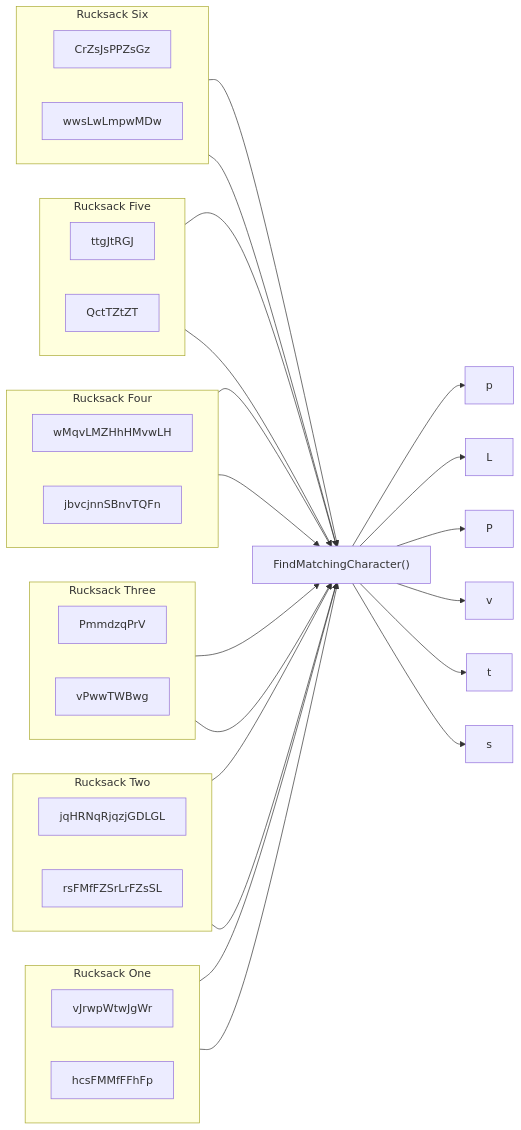
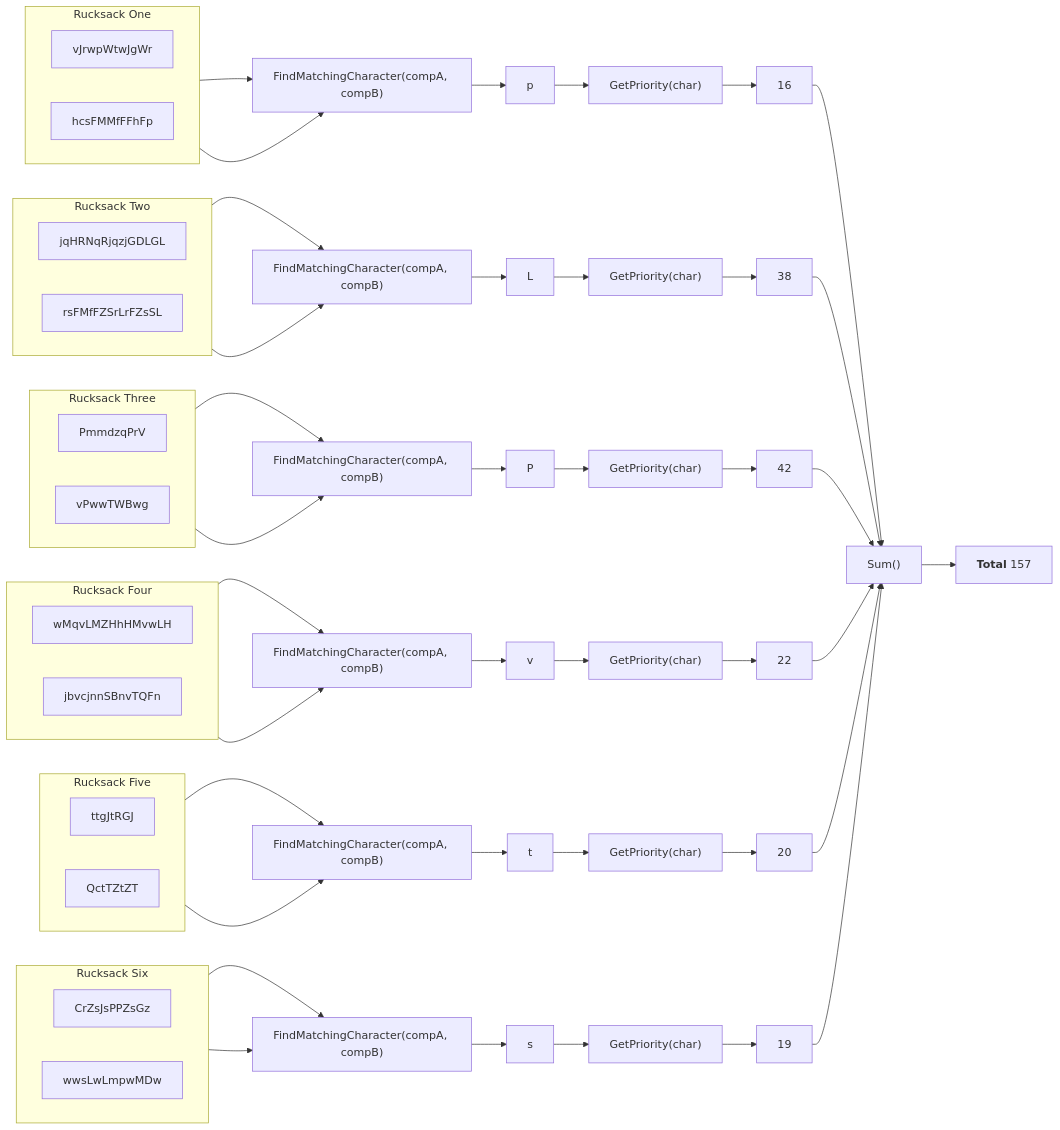
One commit to bartkessels/bartkessels.github.io changed the diagram in _posts/aoc-2022/day-three/2023-05-03-part-one.md. Above: the diagram before and after it, drawn with Mermaid. The commit also changed other lines of this file and 1 other file, not shown here.

Commit message:
Add kotlin post

````diff
--- a/_posts/aoc-2022/day-three/2023-05-03-part-one.md
+++ b/_posts/aoc-2022/day-three/2023-05-03-part-one.md
@@ -77,7 +77,6 @@
     end
 
 
-    findCharacter["FindMatchingCharacter()"]
     rsOneMatchingCharacter["p"]
     rsTwoMatchingCharacter["L"]
     rsThreeMatchingCharacter["P"]
@@ -85,28 +84,60 @@
     rsFiveMatchingCharacter["t"]
     rsSixMatchingCharacter["s"]
 
-    rsOneCompartmentOne --> findCharacter
-    rsOneCompartmentTwo --> findCharacter
+    sum["Sum()"]
 
-    rsTwoCompartmentOne --> findCharacter
-    rsTwoCompartmentTwo --> findCharacter
+    rsOneCompartmentOne --> findCharacterOne["FindMatchingCharacter(compA, compB)"]
+    rsOneCompartmentTwo --> findCharacterOne["FindMatchingCharacter(compA, compB)"]
 
-    rsThreeCompartmentOne --> findCharacter
-    rsThreeCompartmentTwo --> findCharacter
+    rsTwoCompartmentOne --> findCharacterTwo["FindMatchingCharacter(compA, compB)"]
+    rsTwoCompartmentTwo --> findCharacterTwo["FindMatchingCharacter(compA, compB)"]
 
-    rsFourCompartmentOne --> findCharacter
-    rsFourCompartmentTwo --> findCharacter
+    rsThreeCompartmentOne --> findCharacterThree["FindMatchingCharacter(compA, compB)"]
+    rsThreeCompartmentTwo --> findCharacterThree["FindMatchingCharacter(compA, compB)"]
 
-    rsFiveCompartmentOne --> findCharacter
-    rsFiveCompartmentTwo --> findCharacter
+    rsFourCompartmentOne --> findCharacterFour["FindMatchingCharacter(compA, compB)"]
+    rsFourCompartmentTwo --> findCharacterFour["FindMatchingCharacter(compA, compB)"]
 
-    rsSixCompartmentOne --> findCharacter
-    rsSixCompartmentTwo --> findCharacter
+    rsFiveCompartmentOne --> findCharacterFive["FindMatchingCharacter(compA, compB)"]
+    rsFiveCompartmentTwo --> findCharacterFive["FindMatchingCharacter(compA, compB)"]
 
-    findCharacter --> rsOneMatchingCharacter
-    findCharacter --> rsTwoMatchingCharacter
-    findCharacter --> rsThreeMatchingCharacter
-    findCharacter --> rsFourMatchingCharacter
-    findCharacter --> rsFiveMatchingCharacter
-    findCharacter --> rsSixMatchingCharacter
+    rsSixCompartmentOne --> findCharacterSix["FindMatchingCharacter(compA, compB)"]
+    rsSixCompartmentTwo --> findCharacterSix["FindMatchingCharacter(compA, compB)"]
+
+    findCharacterOne --> rsOneMatchingCharacter
+    findCharacterTwo --> rsTwoMatchingCharacter
+    findCharacterThree --> rsThreeMatchingCharacter
+    findCharacterFour --> rsFourMatchingCharacter
+    findCharacterFive --> rsFiveMatchingCharacter
+    findCharacterSix --> rsSixMatchingCharacter
+
+    rsOneMatchingCharacter --> getPriorityOne["GetPriority(char)"]
+    rsTwoMatchingCharacter --> getPriorityTwo["GetPriority(char)"]
+    rsThreeMatchingCharacter --> getPriorityThree["GetPriority(char)"]
+    rsFourMatchingCharacter --> getPriorityFour["GetPriority(char)"]
+    rsFiveMatchingCharacter --> getPriorityFive["GetPriority(char)"]
+    rsSixMatchingCharacter --> getPrioritySix["GetPriority(char)"]
+
+    rsOnePriority["16"]
+    rsTwoPriority["38"]
+    rsThreePriority["42"]
+    rsFourPriority["22"]
+    rsFivePriority["20"]
+    rsSixPriority["19"]
+
+    getPriorityOne --> rsOnePriority
+    getPriorityTwo --> rsTwoPriority
+    getPriorityThree --> rsThreePriority
+    getPriorityFour --> rsFourPriority
+    getPriorityFive --> rsFivePriority
+    getPrioritySix --> rsSixPriority
+
+    rsOnePriority --> sum
+    rsTwoPriority --> sum
+    rsThreePriority --> sum
+    rsFourPriority --> sum
+    rsFivePriority --> sum
+    rsSixPriority --> sum
+
+    sum --> total["<b>Total</b> 157"]
 ```
````
